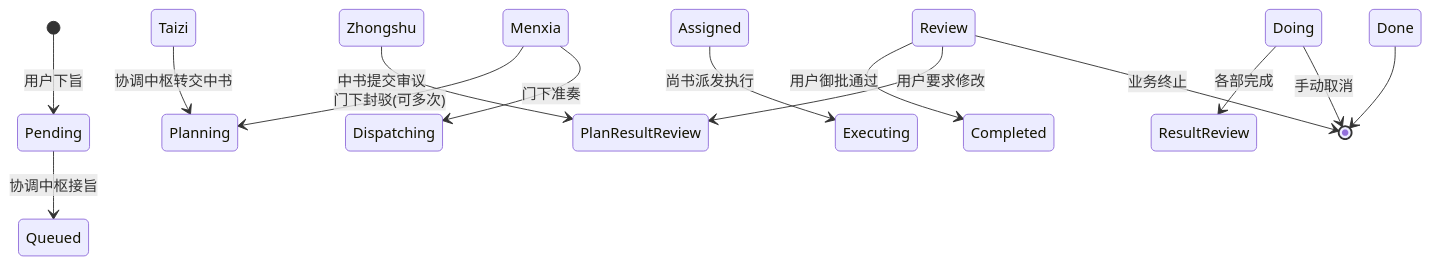
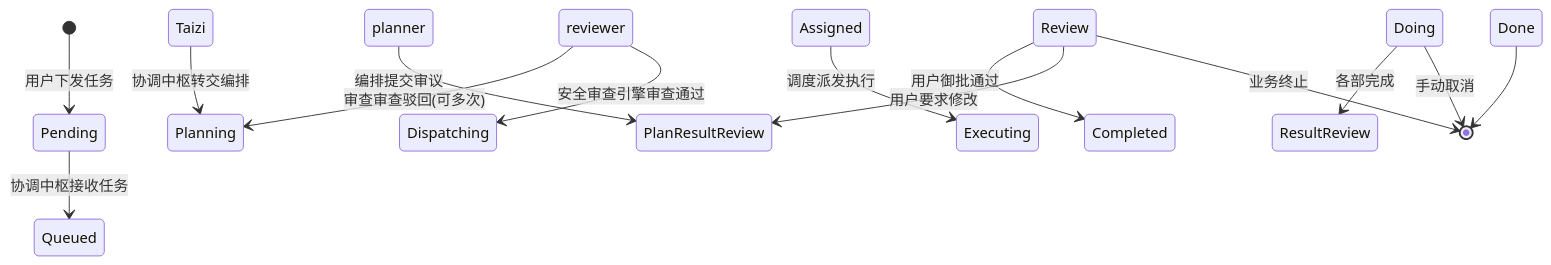
One commit to sjoll2116/MutiAgent-with-openclaw changed the diagram in docs/task-dispatch-architecture.md. Above: the diagram before and after it, drawn with Mermaid. The commit also changed other lines of this file and 63 other files, not shown here.

````diff
--- a/docs/task-dispatch-architecture.md
+++ b/docs/task-dispatch-architecture.md
@@ -117,16 +117,16 @@
 ```mermaid
 stateDiagram-v2
-[*] --> Pending: 用户下旨
-Pending --> Queued: 协调中枢接旨
-Taizi --> Planning: 协调中枢转交中书
-Zhongshu --> PlanResultReview: 中书提交审议
-Menxia --> Planning: 门下封驳(可多次)
-Menxia --> Dispatching: 门下准奏
-Assigned --> Executing: 尚书派发执行
+[*] --> Pending: 用户下发任务
+Pending --> Queued: 协调中枢接收任务
+Taizi --> Planning: 协调中枢转交编排
+planner --> PlanResultReview: 编排提交审议
+reviewer --> Planning: 审查审查驳回(可多次)
+reviewer --> Dispatching: 安全审查引擎审查通过
+Assigned --> Executing: 调度派发执行
 Doing --> ResultReview: 各部完成
 Review --> Completed: 用户御批通过
 Review --> PlanResultReview: 用户要求修改
 Done --> [*]
 Doing --> [*]: 手动取消
 Review --> [*]: 业务终止
 ```
````
